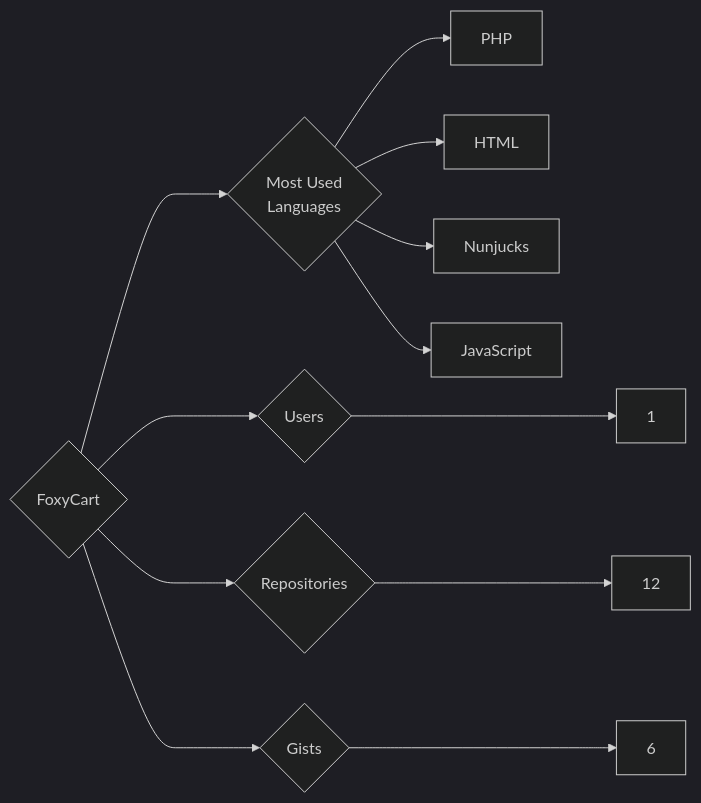
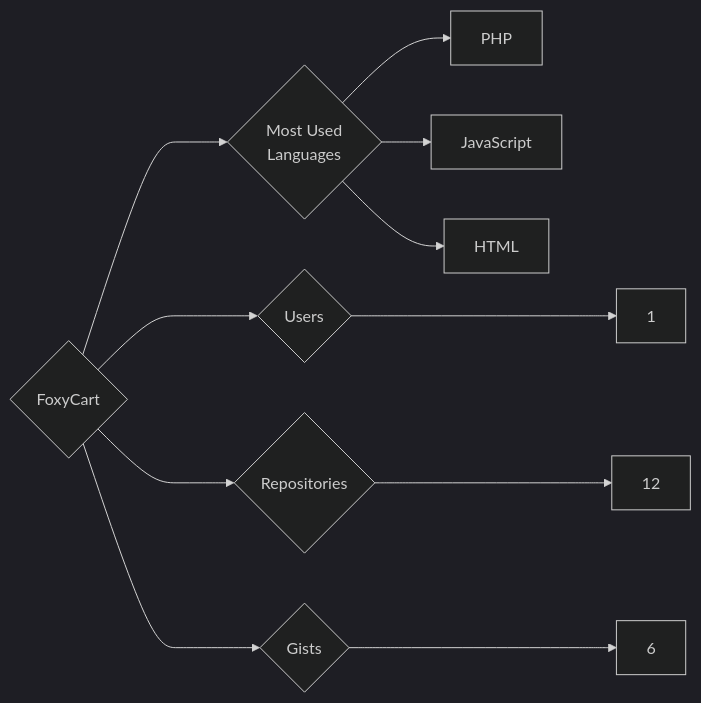
Before and after one commit to trickest/insiders: the diagram in targets/FoxyCart/README.md, drawn with Mermaid (dark theme). The commit also changed 752 other files, not shown here.

````diff
--- a/targets/FoxyCart/README.md
+++ b/targets/FoxyCart/README.md
@@ -3,12 +3,11 @@
 ```mermaid
 graph LR
 COMPANY_NAME{FoxyCart}
 COMPANY_NAME ---> U{Users} ---> UN[1]
 COMPANY_NAME ---> R{Repositories} ---> RN[12]
 COMPANY_NAME ---> G{Gists} ---> GN[6]
 COMPANY_NAME ---> ML{Most Used<br>Languages}
 ML --> PHP[PHP]
+ML --> JavaScript[JavaScript]
 ML --> HTML[HTML]
-ML --> Nunjucks[Nunjucks]
-ML --> JavaScript[JavaScript]
 ```
````
